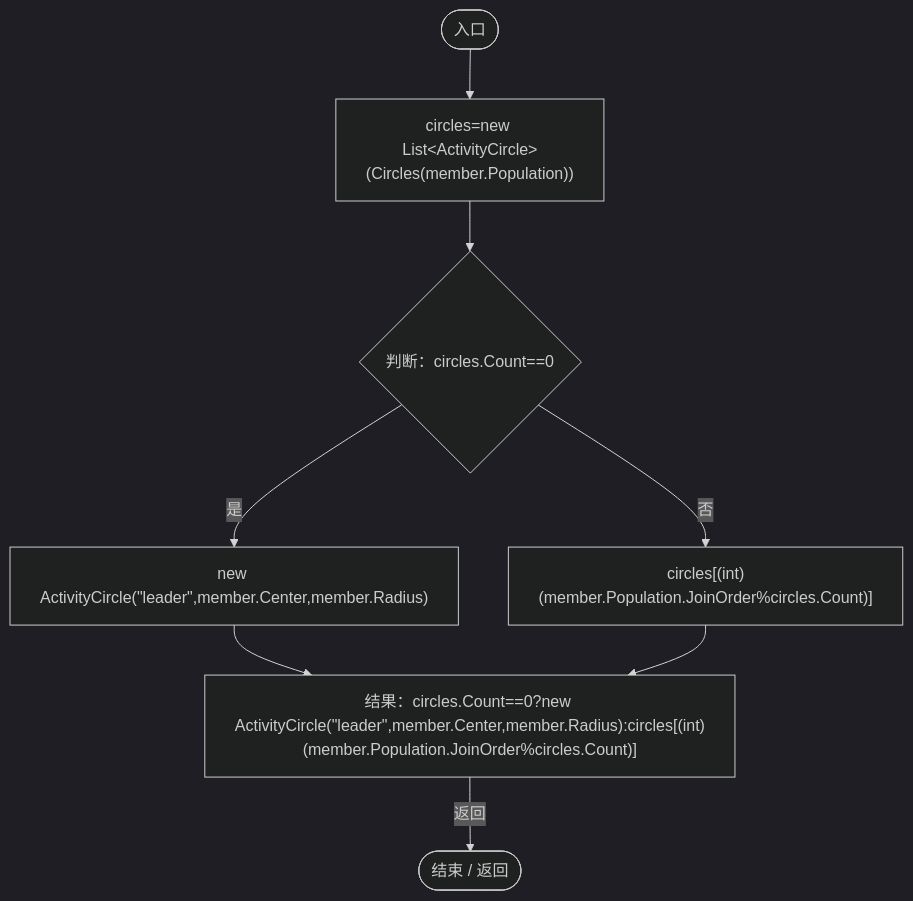
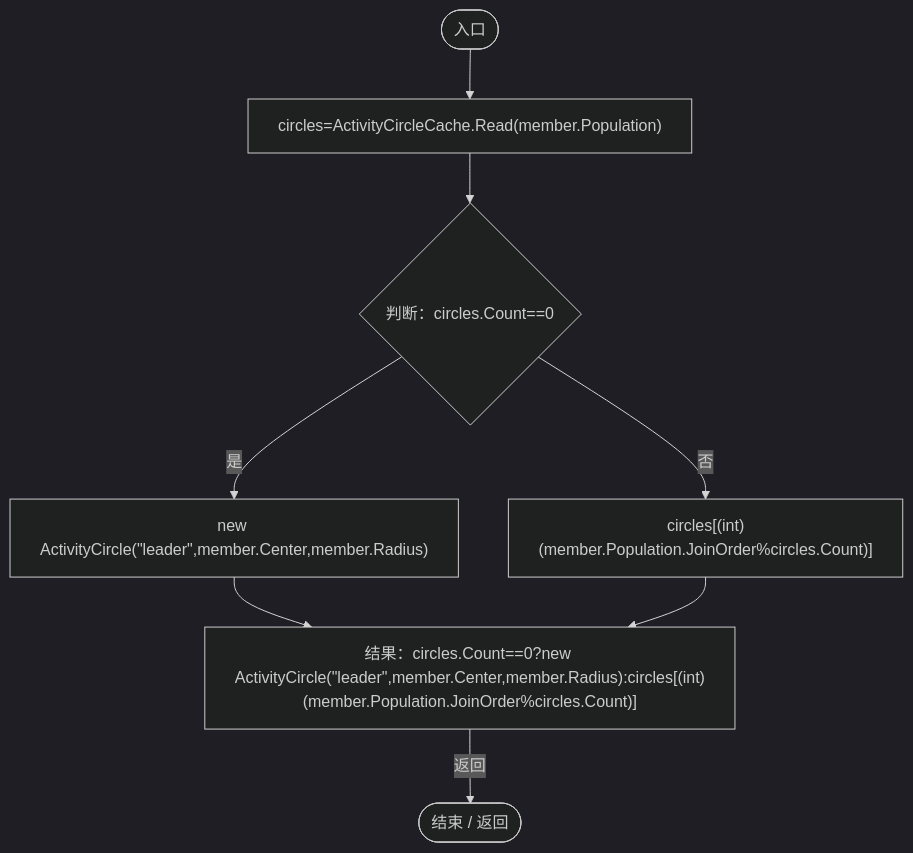
Before and after one commit to xhs6666/Darwin_paradise: the ninth of 9 diagrams in Docs/运行流程图/脚本/e8d854132f563257.md, drawn with Mermaid (dark theme). The commit also changed other lines of this file and 233 other files, not shown here.

````diff
--- a/Docs/运行流程图/脚本/e8d854132f563257.md
+++ b/Docs/运行流程图/脚本/e8d854132f563257.md
@@ -341,18 +265,18 @@
 ```mermaid
 flowchart TD
   b0(["入口"])
-  b1["circles=new List&lt;ActivityCircle&gt;(Circles(member.Population))"]
+  b1["circles=ActivityCircleCache.Read(member.Population)"]
   b2{"判断：circles.Count==0"}
   b3["new ActivityCircle(&quot;leader&quot;,member.Center,member.Radius)"]
   b4["circles[(int)(member.Population.JoinOrder%circles.Count)]"]
   b5["结果：circles.Count==0?new ActivityCircle(&quot;leader&quot;,member.Center,member.Radius):circles[(int)(member.Population.JoinOrder%circles.Count)]"]
   b6(["结束 / 返回"])
   b0 --> b1
   b1 --> b2
   b2 -->|"是"| b3
   b2 -->|"否"| b4
   b3 --> b5
   b4 --> b5
   b5 -->|"返回"| b6
 
 ```
````
